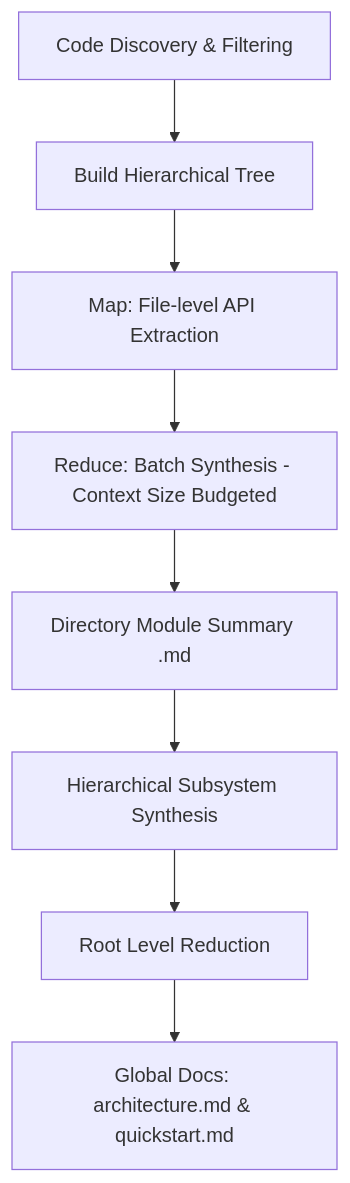
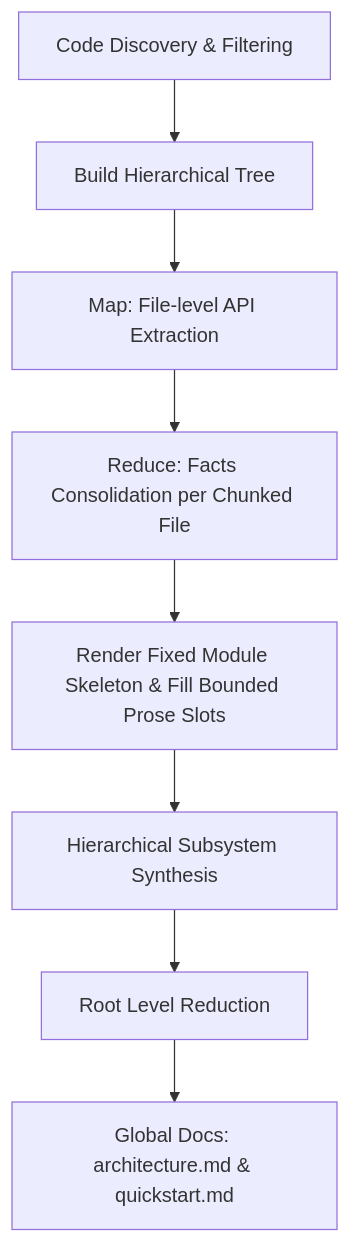
Before and after one commit to arrase/code-reducer: the diagram in README.md, drawn with Mermaid. The commit also changed other lines of this file and 32 other files, not shown here.

````diff
--- a/README.md
+++ b/README.md
@@ -179,10 +222,10 @@
 ```mermaid
 graph TD
     A[Code Discovery & Filtering] --> B[Build Hierarchical Tree]
     B --> C[Map: File-level API Extraction]
-    C --> D[Reduce: Batch Synthesis - Context Size Budgeted]
-    D --> E[Directory Module Summary .md]
+    C --> D[Reduce: Facts Consolidation per Chunked File]
+    D --> E[Render Fixed Module Skeleton & Fill Bounded Prose Slots]
     E --> F[Hierarchical Subsystem Synthesis]
     F --> G[Root Level Reduction]
     G --> H[Global Docs: architecture.md & quickstart.md]
 ```
````
